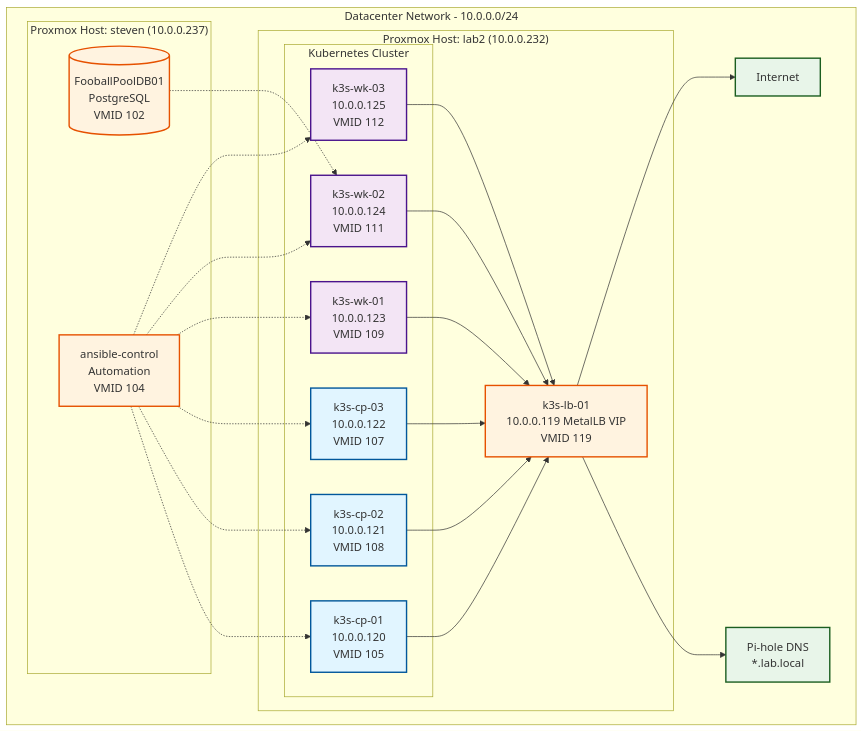
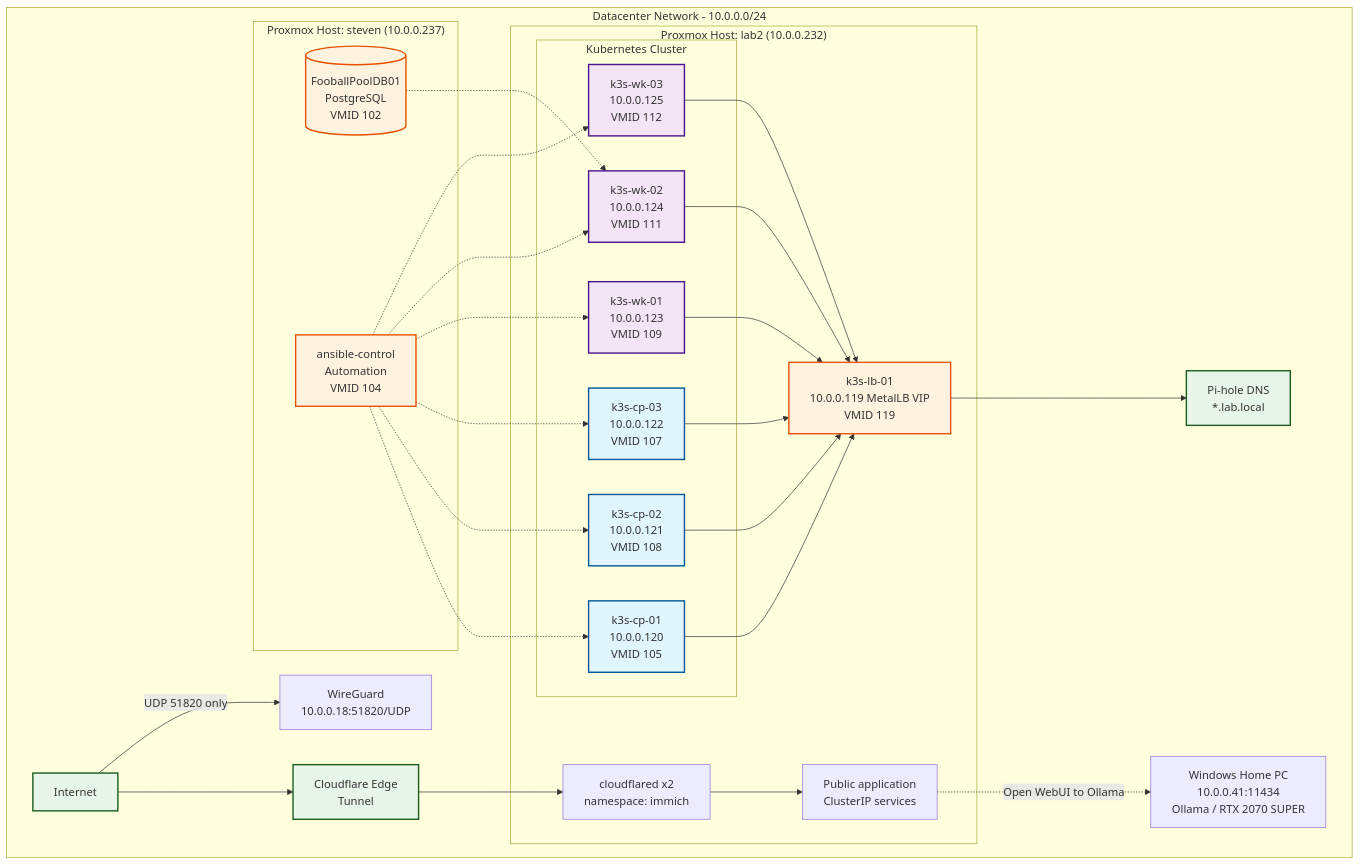
The diagram in docs/diagrams/network-topology.md (stevenbarnes2017/homelab-portfolio), drawn with Mermaid before and after one commit. The commit also changed other lines of this file and 9 other files, not shown here.

````diff
--- a/docs/diagrams/network-topology.md
+++ b/docs/diagrams/network-topology.md
@@ -3,48 +3,57 @@
 ```mermaid
 graph TB
     subgraph "Datacenter Network - 10.0.0.0/24"
         subgraph "Proxmox Host: lab2 (10.0.0.232)"
             subgraph "Kubernetes Cluster"
                 CP1[k3s-cp-01<br/>10.0.0.120<br/>VMID 105]
                 CP2[k3s-cp-02<br/>10.0.0.121<br/>VMID 108]
                 CP3[k3s-cp-03<br/>10.0.0.122<br/>VMID 107]
                 WK1[k3s-wk-01<br/>10.0.0.123<br/>VMID 109]
                 WK2[k3s-wk-02<br/>10.0.0.124<br/>VMID 111]
                 WK3[k3s-wk-03<br/>10.0.0.125<br/>VMID 112]
             end
             LB[k3s-lb-01<br/>10.0.0.119 MetalLB VIP<br/>VMID 119]
+            CLOUDFLARED[cloudflared x2<br/>namespace: immich]
+            CLUSTERIP[Public application<br/>ClusterIP services]
         end
 
         subgraph "Proxmox Host: steven (10.0.0.237)"
             DB[(FooballPoolDB01<br/>PostgreSQL<br/>VMID 102)]
             ANSIBLE[ansible-control<br/>Automation<br/>VMID 104]
         end
 
         PIHOLE[Pi-hole DNS<br/>*.lab.local]
+        WG[WireGuard<br/>10.0.0.18:51820/UDP]
+        OLLAMA[Windows Home PC<br/>10.0.0.41:11434<br/>Ollama / RTX 2070 SUPER]
+        CF[Cloudflare Edge<br/>Tunnel]
         INTERNET[Internet]
     end
 
     %% Connections
     CP1 & CP2 & CP3 --> LB
     WK1 & WK2 & WK3 --> LB
     LB --> PIHOLE
-    LB --> INTERNET
+    INTERNET --> CF
+    CF --> CLOUDFLARED
+    CLOUDFLARED --> CLUSTERIP
+    INTERNET -->|UDP 51820 only| WG
+    CLUSTERIP -. Open WebUI to Ollama .-> OLLAMA
     DB -.-> WK2
     ANSIBLE -.-> CP1
     ANSIBLE -.-> CP2
     ANSIBLE -.-> CP3
     ANSIBLE -.-> WK1
     ANSIBLE -.-> WK2
     ANSIBLE -.-> WK3
 
     %% Styling
     classDef controlPlane fill:#e1f5ff,stroke:#01579b,stroke-width:2px
     classDef worker fill:#f3e5f5,stroke:#4a148c,stroke-width:2px
     classDef infrastructure fill:#fff3e0,stroke:#e65100,stroke-width:2px
     classDef external fill:#e8f5e9,stroke:#1b5e20,stroke-width:2px
 
     class CP1,CP2,CP3 controlPlane
     class WK1,WK2,WK3 worker
     class LB,DB,ANSIBLE infrastructure
-    class PIHOLE,INTERNET external
+    class PIHOLE,INTERNET,CF external
 ```
````
